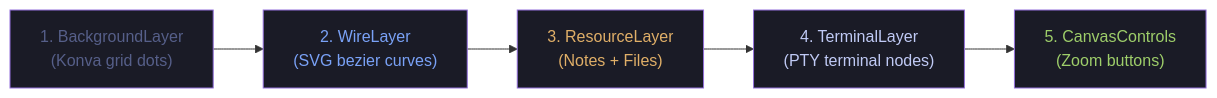
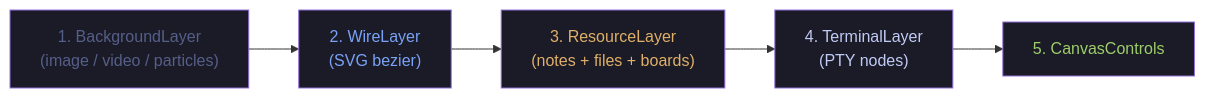
One commit to albin-zhu/wodouyao changed the second of 4 diagrams in README.md. Above: the diagram before and after it, drawn with Mermaid. The commit also changed other lines of this file and 7 other files, not shown here.

First line of the commit message:
feat: wireable task boards, io-wire key mirror, mac-feel resize, WebGL renderer

````diff
--- a/README.md
+++ b/README.md
@@ -99,13 +203,13 @@
 ```mermaid
 graph LR
-    L1["1. BackgroundLayer<br/>(Konva grid dots)"] --> L2["2. WireLayer<br/>(SVG bezier curves)"]
-    L2 --> L3["3. ResourceLayer<br/>(Notes + Files)"]
-    L3 --> L4["4. TerminalLayer<br/>(PTY terminal nodes)"]
-    L4 --> L5["5. CanvasControls<br/>(Zoom buttons)"]
+    L1["1. BackgroundLayer<br/>(image / video / particles)"] --> L2["2. WireLayer<br/>(SVG bezier)"]
+    L2 --> L3["3. ResourceLayer<br/>(notes + files + boards)"]
+    L3 --> L4["4. TerminalLayer<br/>(PTY nodes)"]
+    L4 --> L5["5. CanvasControls"]
 
     style L1 fill:#1a1b26,color:#565f89
     style L2 fill:#1a1b26,color:#7aa2f7
     style L3 fill:#1a1b26,color:#e0af68
     style L4 fill:#1a1b26,color:#c0caf5
     style L5 fill:#1a1b26,color:#9ece6a
 ```
````
